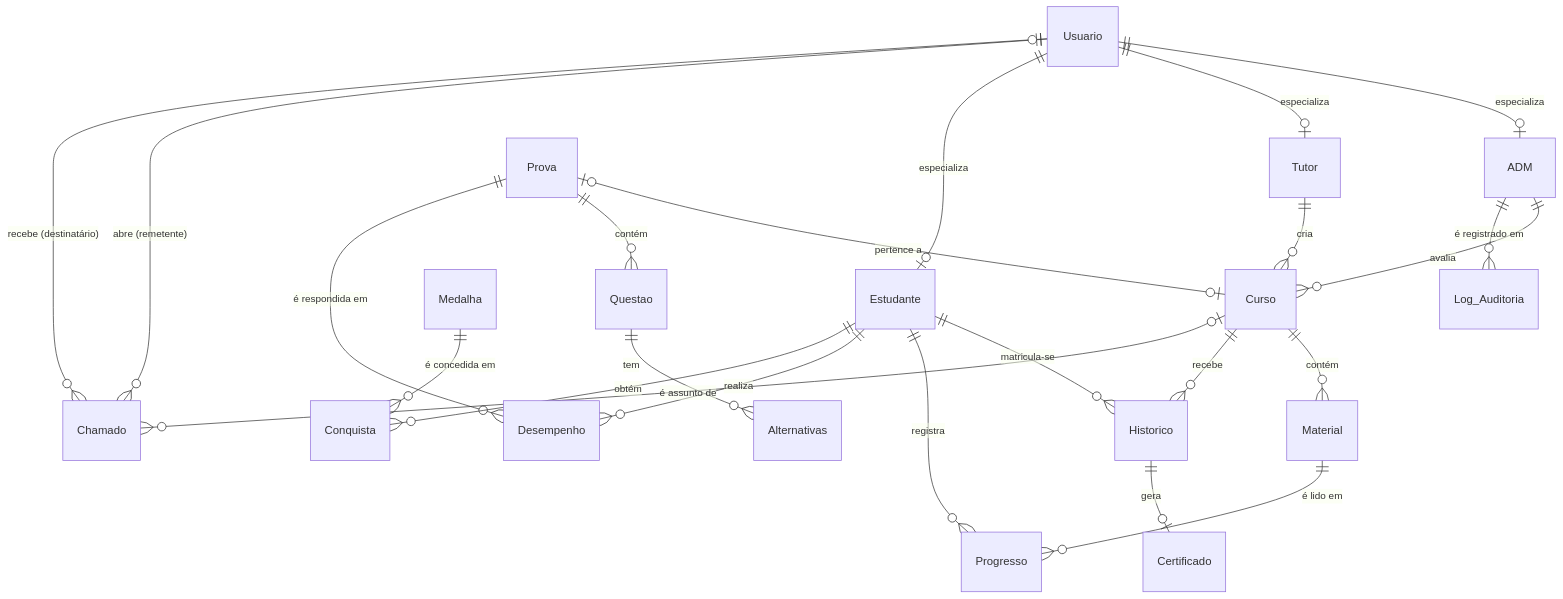
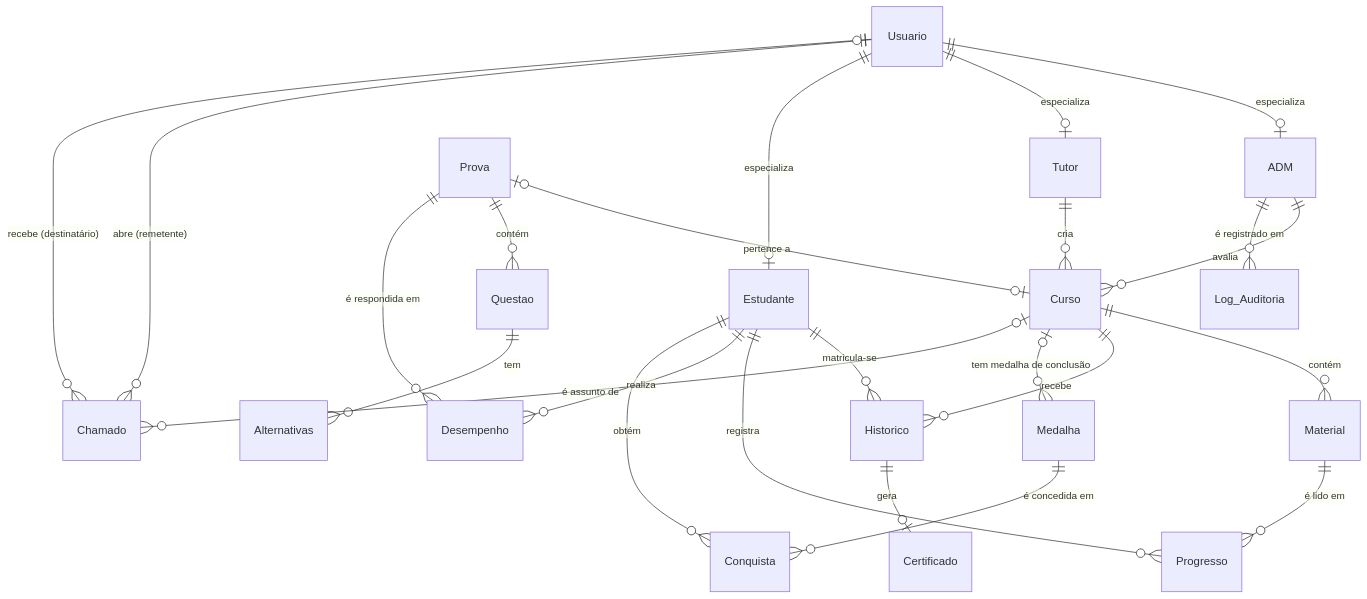
The diagram in SQL/README.md (WillSennaa/Pim-4), drawn with Mermaid before and after one commit. The commit also changed other lines of this file and 19 other files, not shown here.

````diff
--- a/SQL/README.md
+++ b/SQL/README.md
@@ -88,25 +92,26 @@
 ```mermaid
 erDiagram
     Usuario ||--o| ADM : "especializa"
     Usuario ||--o| Tutor : "especializa"
     Usuario ||--o| Estudante : "especializa"
     Tutor ||--o{ Curso : "cria"
     ADM ||--o{ Curso : "avalia"
     Prova |o--o| Curso : "pertence a"
     Curso ||--o{ Material : "contém"
     Prova ||--o{ Questao : "contém"
     Questao ||--o{ Alternativas : "tem"
     Estudante ||--o{ Historico : "matricula-se"
     Curso ||--o{ Historico : "recebe"
     Historico ||--o| Certificado : "gera"
     Estudante ||--o{ Progresso : "registra"
     Material ||--o{ Progresso : "é lido em"
     Estudante ||--o{ Desempenho : "realiza"
     Prova ||--o{ Desempenho : "é respondida em"
     Estudante ||--o{ Conquista : "obtém"
     Medalha ||--o{ Conquista : "é concedida em"
+    Curso |o--o{ Medalha : "tem medalha de conclusão"
     Usuario ||--o{ Chamado : "abre (remetente)"
     Usuario |o--o{ Chamado : "recebe (destinatário)"
     Curso |o--o{ Chamado : "é assunto de"
     ADM ||--o{ Log_Auditoria : "é registrado em"
 ```
````
